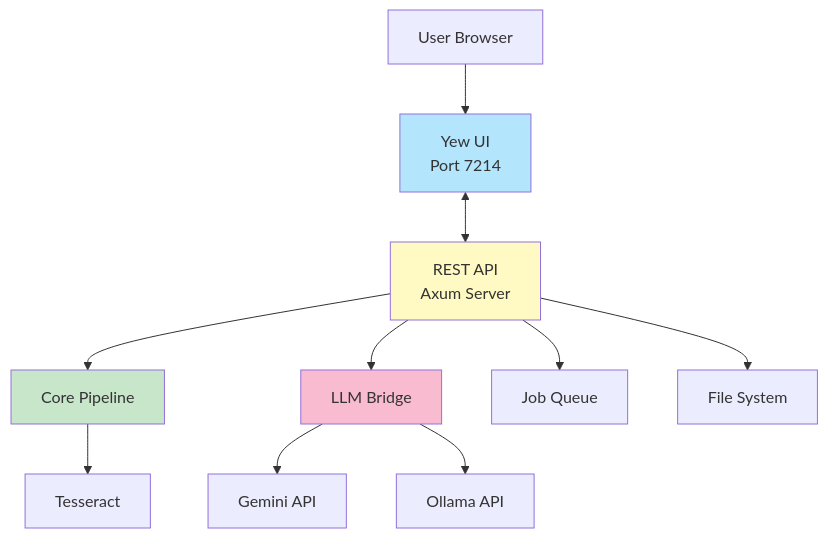
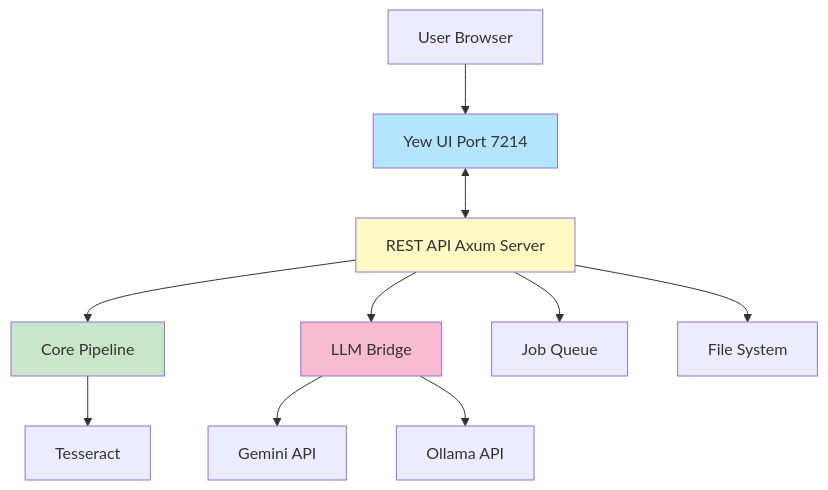
One commit to softwarewrighter/scan3data changed the eighth of 11 diagrams in wiki/Architecture.md. Above: the diagram before and after it, drawn with Mermaid. The commit also changed other lines of this file and 6 other files, not shown here.

First line of the commit message:
Fix wiki Mermaid diagrams: remove <br/> tags

````diff
--- a/wiki/Architecture.md
+++ b/wiki/Architecture.md
@@ -319,18 +319,18 @@
 ```mermaid
 graph TB
-    USER[User Browser] --> UI[Yew UI<br/>Port 7214]
-    UI <--> API[REST API<br/>Axum Server]
+    USER[User Browser] --> UI[Yew UI Port 7214]
+    UI <--> API[REST API Axum Server]
     API --> CORE[Core Pipeline]
     API --> LLM[LLM Bridge]
     API --> QUEUE[Job Queue]
     API --> FS[File System]
 
     LLM --> GEMINI[Gemini API]
     LLM --> OLLAMA[Ollama API]
     CORE --> TESS[Tesseract]
 
     style API fill:#fff9c4
     style UI fill:#b3e5fc
     style CORE fill:#c8e6c9
     style LLM fill:#f8bbd0
 ```
````
